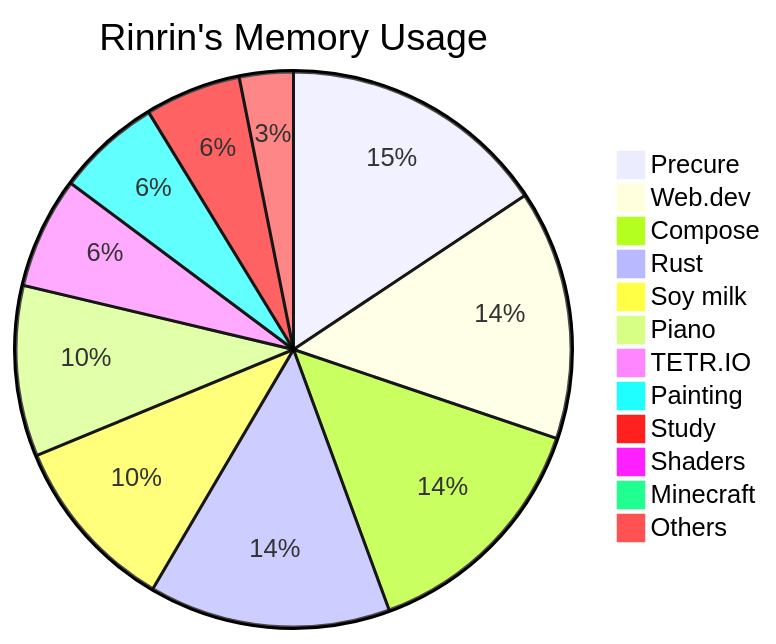
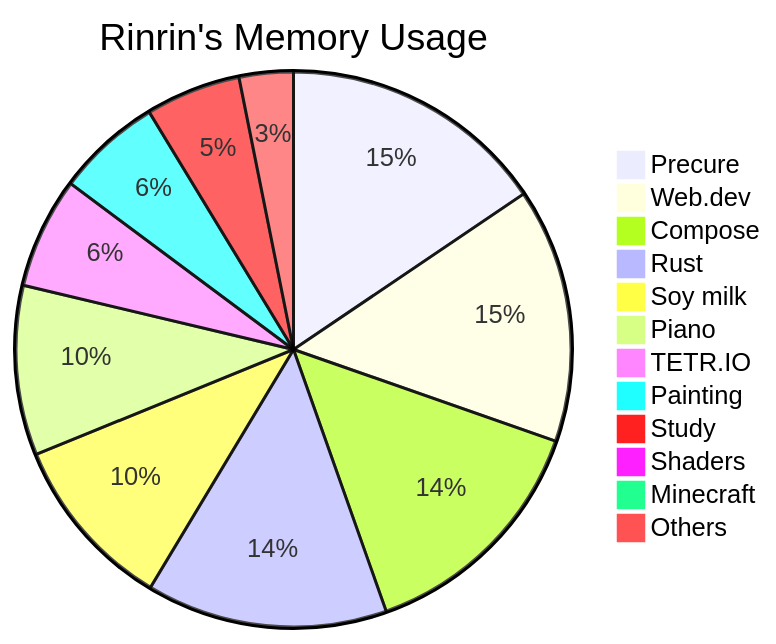
The diagram in README.md (Rinrin0413/Rinrin0413), drawn with Mermaid before and after one commit.

Commit message:
🛠 Update: Rinrin's Memory Usage

````diff
--- a/README.md
+++ b/README.md
@@ -77,15 +77,15 @@
 ```mermaid
 pie title Rinrin's Memory Usage
-    "Precure": 619
-    "Web.dev": 575
-    "Compose": 562
-    "Rust": 556
-    "Soy milk": 408
-    "Piano": 393
+    "Precure": 617
+    "Web.dev": 588
+    "Compose": 565
+    "Rust": 557
+    "Soy milk": 406
+    "Piano": 392
     "TETR.IO": 257
-    "Painting": 240
-    "Study": 221
+    "Painting": 243
+    "Study": 220
     "Shaders": 30
     "Minecraft": 30
-    "Others": 124
+    "Others": 125
 ```
````
